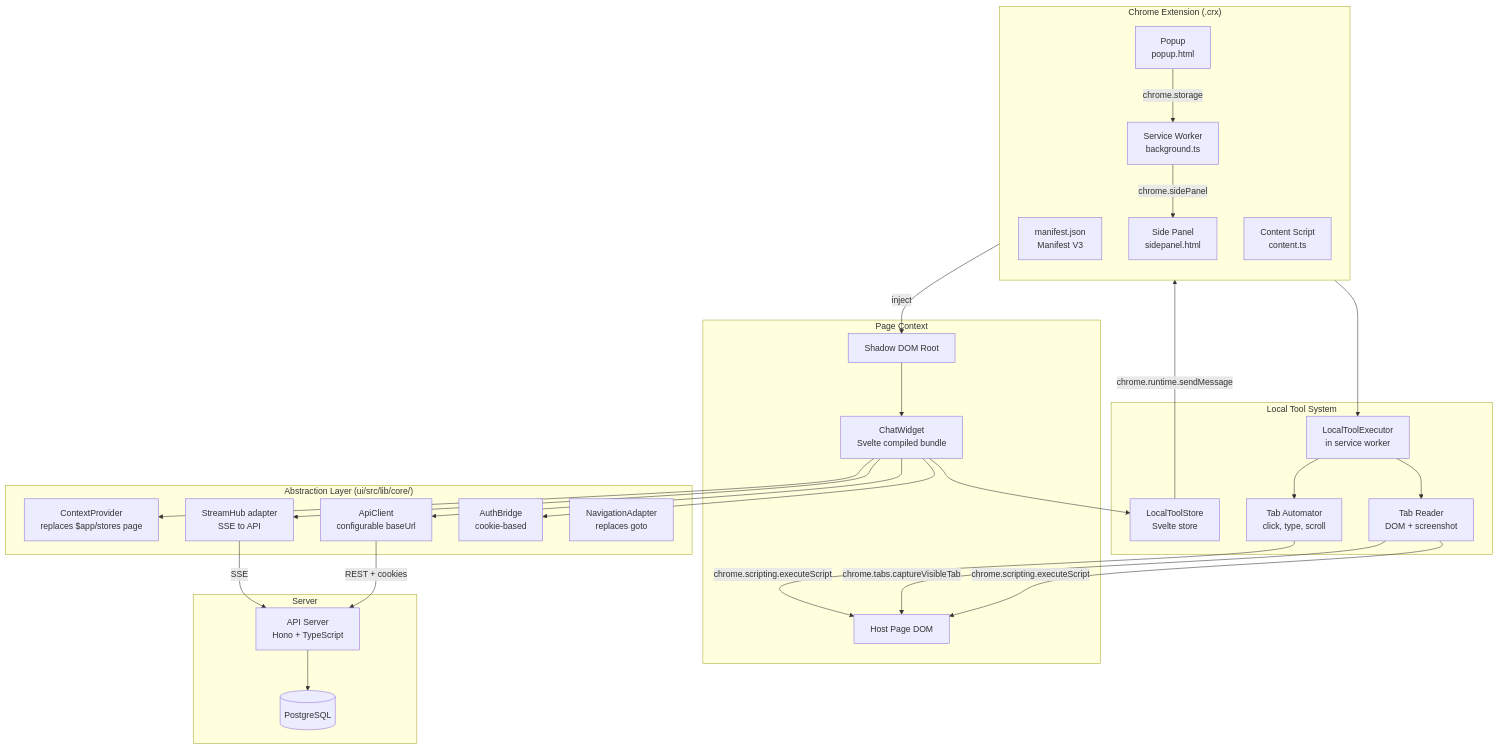
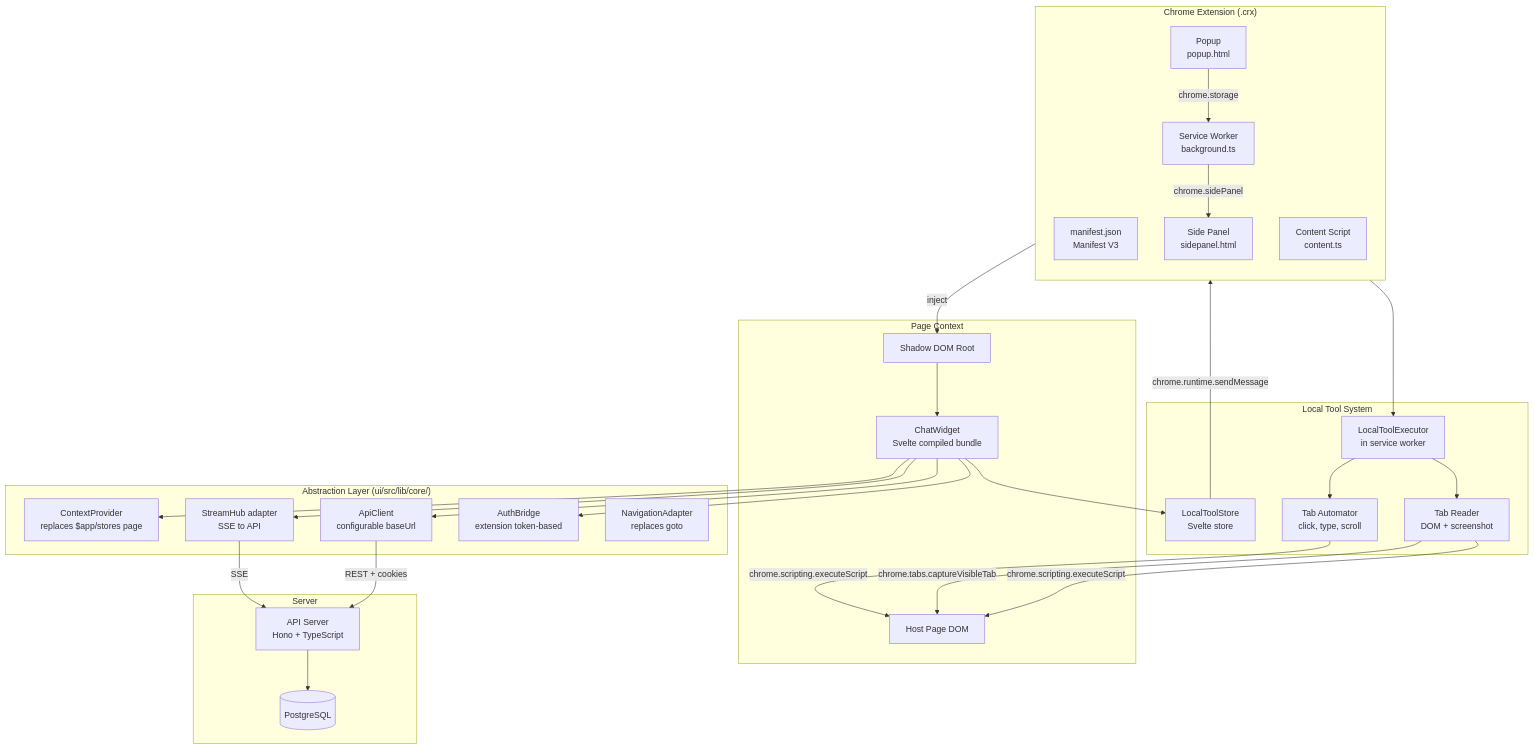
The first of 2 diagrams in spec/SPEC_CHROME_PLUGIN.md (rhanka/sentropic), drawn with Mermaid before and after one commit. The commit also changed other lines of this file and 11 other files, not shown here.

Commit message:
feat(chrome-ext): implement lot 4b dedicated extension auth flow

````diff
--- a/spec/SPEC_CHROME_PLUGIN.md
+++ b/spec/SPEC_CHROME_PLUGIN.md
@@ -22,58 +22,58 @@
 ```mermaid
 flowchart TB
     subgraph "Chrome Extension (.crx)"
         direction TB
         MF[manifest.json<br/>Manifest V3]
         SW[Service Worker<br/>background.ts]
         CS[Content Script<br/>content.ts]
         SP[Side Panel<br/>sidepanel.html]
         POP[Popup<br/>popup.html]
     end
 
     subgraph "Page Context"
         HOST[Host Page DOM]
         SHADOW[Shadow DOM Root]
         CW[ChatWidget<br/>Svelte compiled bundle]
     end
 
     subgraph "Abstraction Layer (ui/src/lib/core/)"
         CTX[ContextProvider<br/>replaces $app/stores page]
         API[ApiClient<br/>configurable baseUrl]
         SH[StreamHub adapter<br/>SSE to API]
-        AUTH[AuthBridge<br/>cookie-based]
+        AUTH[AuthBridge<br/>extension token-based]
         NAV[NavigationAdapter<br/>replaces goto]
     end
 
     subgraph "Local Tool System"
         LTS[LocalToolStore<br/>Svelte store]
         LTE[LocalToolExecutor<br/>in service worker]
         TR[Tab Reader<br/>DOM + screenshot]
         TA[Tab Automator<br/>click, type, scroll]
     end
 
     subgraph "Server"
         SRV[API Server<br/>Hono + TypeScript]
         DB[(PostgreSQL)]
     end
 
     CS -->|inject| SHADOW
     SHADOW --> CW
     CW --> CTX
     CW --> API
     CW --> SH
     CW --> AUTH
     CW --> LTS
     API -->|REST + cookies| SRV
     SH -->|SSE| SRV
     SRV --> DB
 
     LTS -->|chrome.runtime.sendMessage| SW
     SW --> LTE
     LTE --> TR
     LTE --> TA
     TR -->|chrome.scripting.executeScript| HOST
     TR -->|chrome.tabs.captureVisibleTab| HOST
     TA -->|chrome.scripting.executeScript| HOST
     SW -->|chrome.sidePanel| SP
     POP -->|chrome.storage| SW
 ```
````
